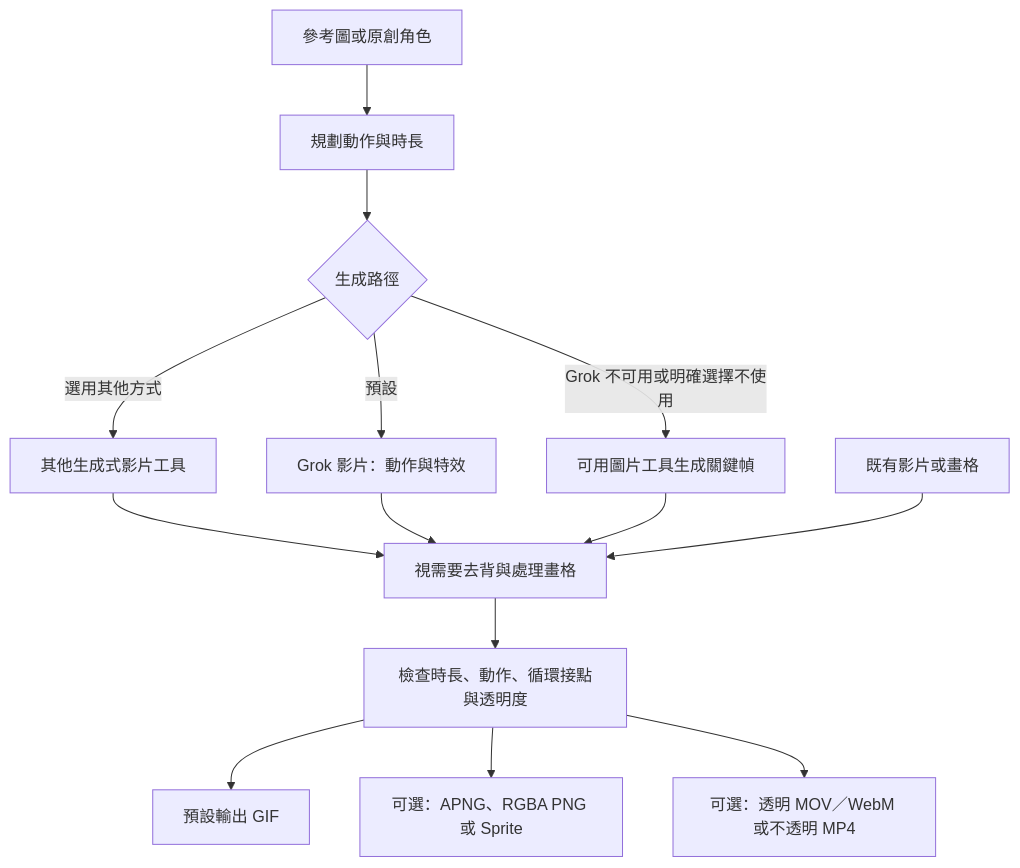
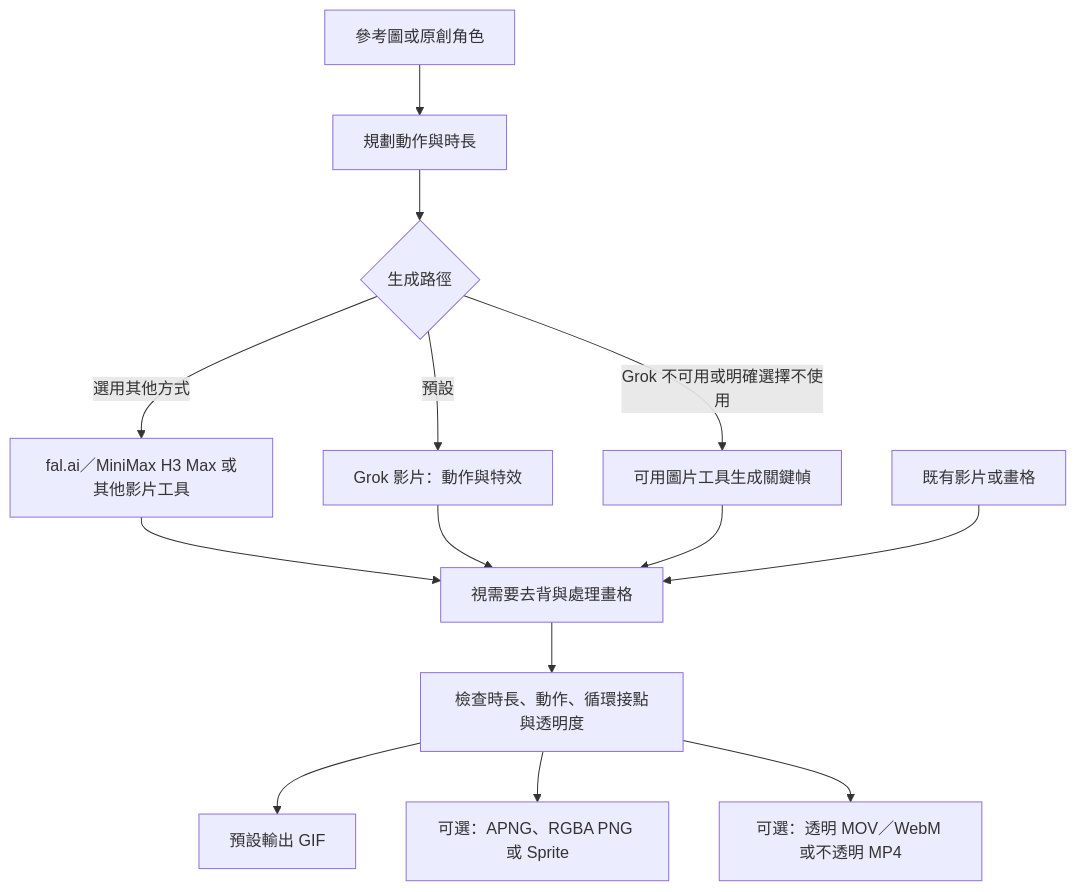
The diagram in README.zh-TW.md (miles990/video-gif-studio), drawn with Mermaid before and after one commit. The commit also changed other lines of this file and 14 other files, not shown here.

````diff
--- a/README.zh-TW.md
+++ b/README.zh-TW.md
@@ -41,16 +41,16 @@
 ```mermaid
 flowchart TD
     A["參考圖或原創角色"] --> B["規劃動作與時長"]
     B --> C{"生成路徑"}
     C -->|"預設"| D["Grok 影片：動作與特效"]
     C -->|"Grok 不可用或明確選擇不使用"| E["可用圖片工具生成關鍵幀"]
-    C -->|"選用其他方式"| K["其他生成式影片工具"]
+    C -->|"選用其他方式"| K["fal.ai／MiniMax H3 Max 或其他影片工具"]
     K --> F
     D --> F["視需要去背與處理畫格"]
     E --> F
     V["既有影片或畫格"] --> F
     F --> G["檢查時長、動作、循環接點與透明度"]
     G --> H["預設輸出 GIF"]
     G --> I["可選：APNG、RGBA PNG 或 Sprite"]
     G --> J["可選：透明 MOV／WebM 或不透明 MP4"]
 ```
````
